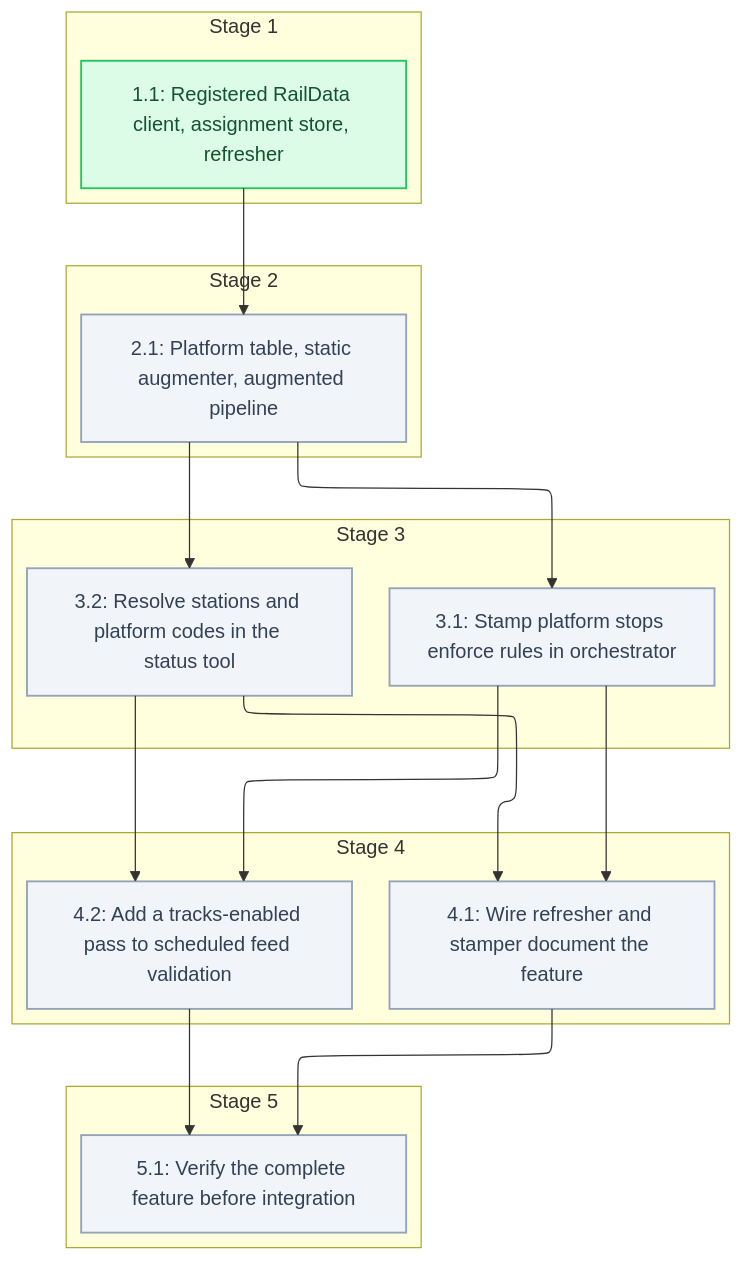
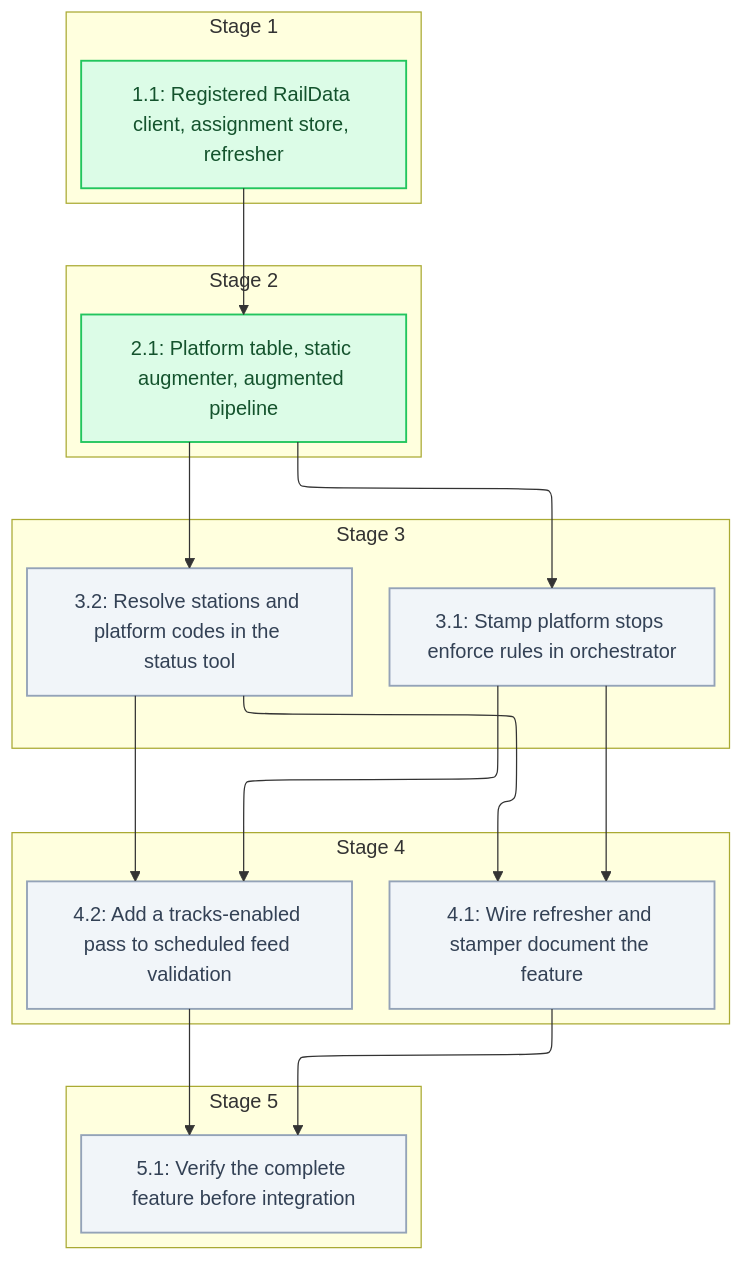
One commit to sohampatwardhan/Amtrak-GTFS-RT changed the diagram in .specs/track-assignments/04_tasks.md. Above: the diagram before and after it, drawn with Mermaid. The commit also changed other lines of this file and 9 other files, not shown here.

````diff
--- a/.specs/track-assignments/04_tasks.md
+++ b/.specs/track-assignments/04_tasks.md
@@ -9,39 +9,39 @@
 ```mermaid
 %%{init: {'flowchart': {'defaultRenderer': 'elk'}}}%%
 flowchart TD
   classDef done fill:#dcfce7,stroke:#22c55e,stroke-width:1.5px,color:#14532d
   classDef pending fill:#f1f5f9,stroke:#94a3b8,stroke-width:1.5px,color:#334155
   subgraph n_stage_1["Stage 1"]
     n_1_1@{ shape: rect, label: "1.1: Registered RailData client, assignment store, refresher" }
   end
   subgraph n_stage_2["Stage 2"]
     n_2_1@{ shape: rect, label: "2.1: Platform table, static augmenter, augmented pipeline" }
   end
   subgraph n_stage_3["Stage 3"]
     n_3_1@{ shape: rect, label: "3.1: Stamp platform stops enforce rules in orchestrator" }
     n_3_2@{ shape: rect, label: "3.2: Resolve stations and platform codes in the status tool" }
   end
   subgraph n_stage_4["Stage 4"]
     n_4_1@{ shape: rect, label: "4.1: Wire refresher and stamper document the feature" }
     n_4_2@{ shape: rect, label: "4.2: Add a tracks-enabled pass to scheduled feed validation" }
   end
   subgraph n_stage_5["Stage 5"]
     n_5_1@{ shape: rect, label: "5.1: Verify the complete feature before integration" }
   end
   n_1_1 --> n_2_1
   n_2_1 --> n_3_1
   n_2_1 --> n_3_2
   n_3_1 --> n_4_1
   n_3_2 --> n_4_1
   n_3_1 --> n_4_2
   n_3_2 --> n_4_2
   n_4_1 --> n_5_1
   n_4_2 --> n_5_1
   class n_1_1 done
-  class n_2_1 pending
+  class n_2_1 done
   class n_3_1 pending
   class n_3_2 pending
   class n_4_1 pending
   class n_4_2 pending
   class n_5_1 pending
 ```
````
